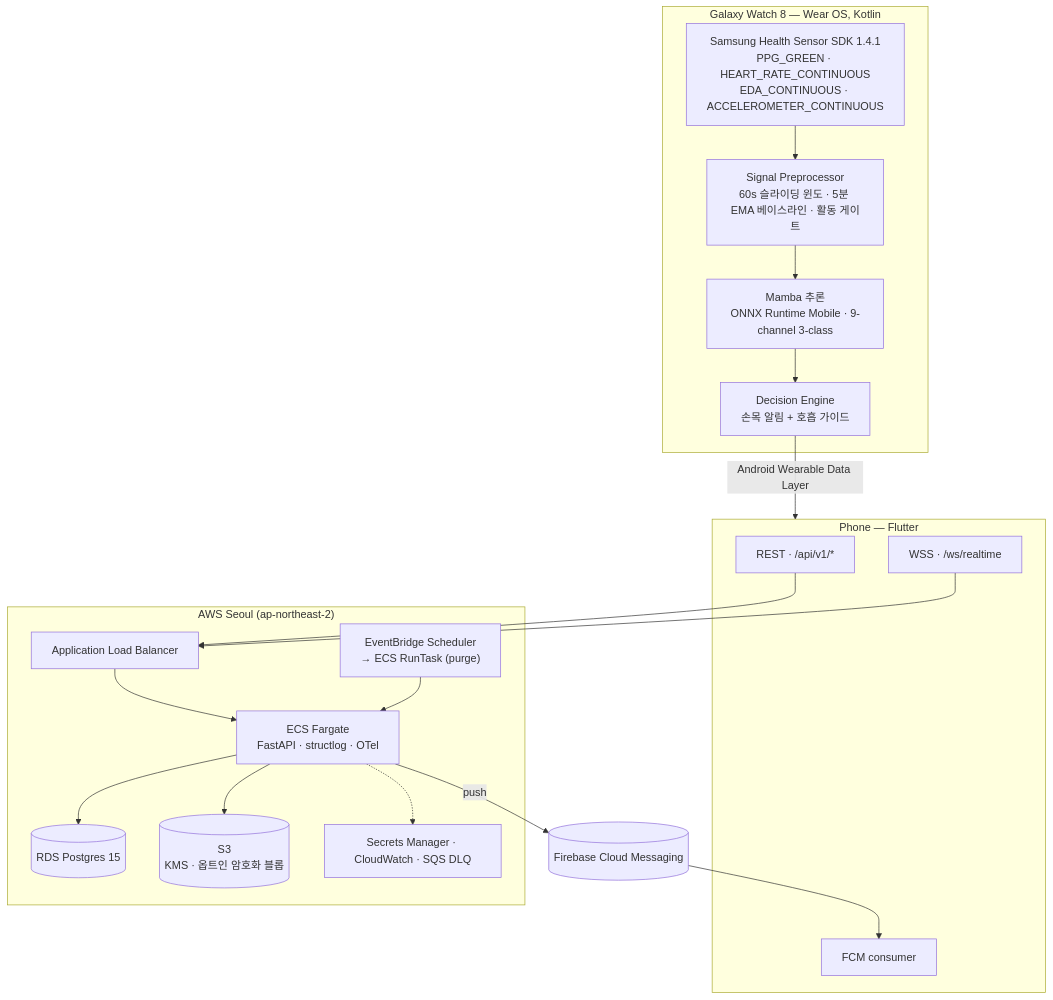
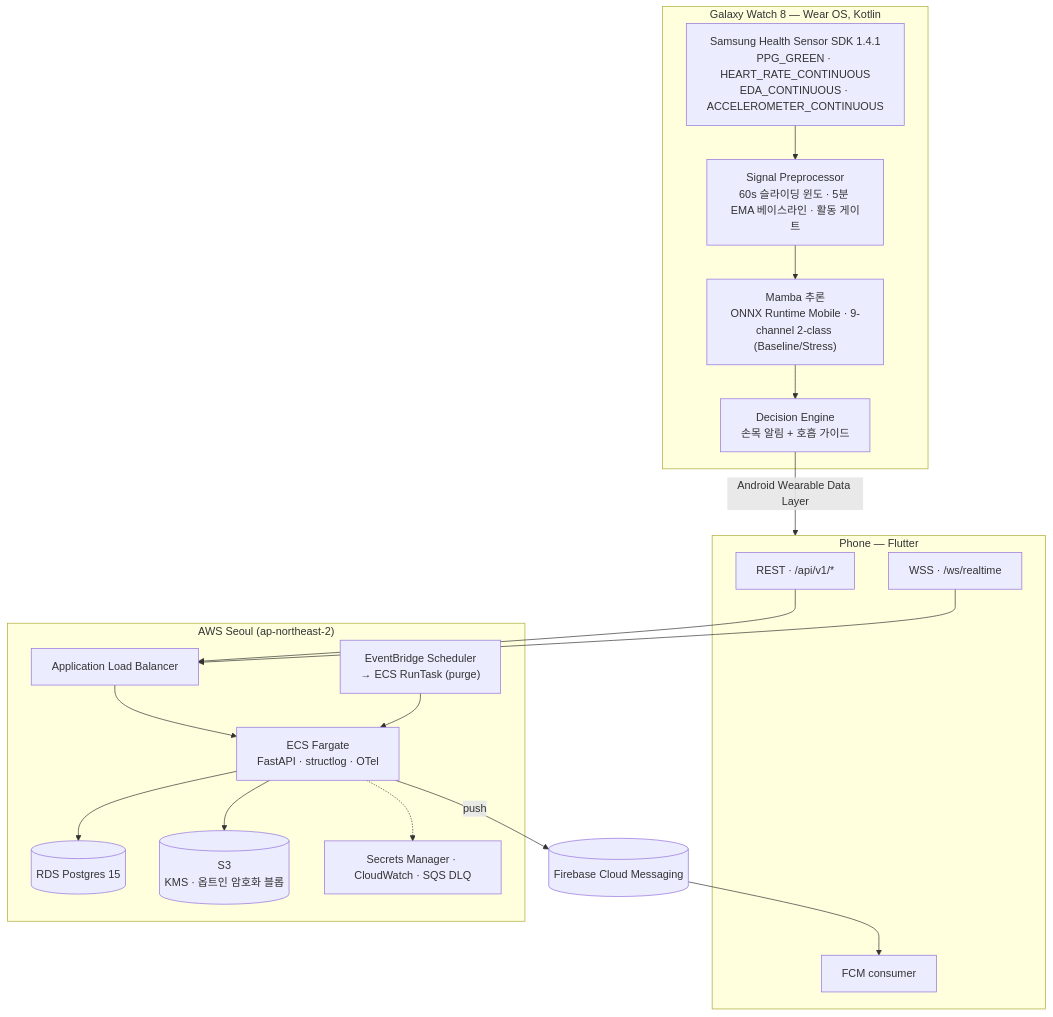
The fourth of 4 diagrams in README.md (kookmin-sw/2026-capstone-18), drawn with Mermaid before and after one commit. The commit also changed other lines of this file, not shown here.

First line of the commit message:
docs(readme): align Mamba section wording with code

````diff
--- a/README.md
+++ b/README.md
@@ -773,38 +773,38 @@
 ```mermaid
 flowchart TD
     subgraph Watch["Galaxy Watch 8 — Wear OS, Kotlin"]
         SDK["Samsung Health Sensor SDK 1.4.1<br/>PPG_GREEN · HEART_RATE_CONTINUOUS<br/>EDA_CONTINUOUS · ACCELEROMETER_CONTINUOUS"]
         Pre["Signal Preprocessor<br/>60s 슬라이딩 윈도 · 5분 EMA 베이스라인 · 활동 게이트"]
-        Inf["Mamba 추론<br/>ONNX Runtime Mobile · 9-channel 3-class"]
+        Inf["Mamba 추론<br/>ONNX Runtime Mobile · 9-channel 2-class (Baseline/Stress)"]
         Dec["Decision Engine<br/>손목 알림 + 호흡 가이드"]
         SDK --> Pre --> Inf --> Dec
     end
 
     subgraph Phone["Phone — Flutter"]
         REST["REST · /api/v1/*"]
         WSS["WSS · /ws/realtime"]
         FCMc["FCM consumer"]
     end
 
     subgraph AWS["AWS Seoul (ap-northeast-2)"]
         ALB["Application Load Balancer"]
         ECS["ECS Fargate<br/>FastAPI · structlog · OTel"]
         RDS[("RDS Postgres 15")]
         S3[("S3<br/>KMS · 옵트인 암호화 블롭")]
         EB["EventBridge Scheduler<br/>→ ECS RunTask (purge)"]
         Ops["Secrets Manager · CloudWatch · SQS DLQ"]
         ALB --> ECS
         ECS --> RDS
         ECS --> S3
         EB --> ECS
         ECS -.-> Ops
     end
 
     Firebase[("Firebase Cloud Messaging")]
 
     Dec -- "Android Wearable Data Layer" --> Phone
     REST --> ALB
     WSS --> ALB
     ECS -- push --> Firebase
     Firebase --> FCMc
 ```
````
